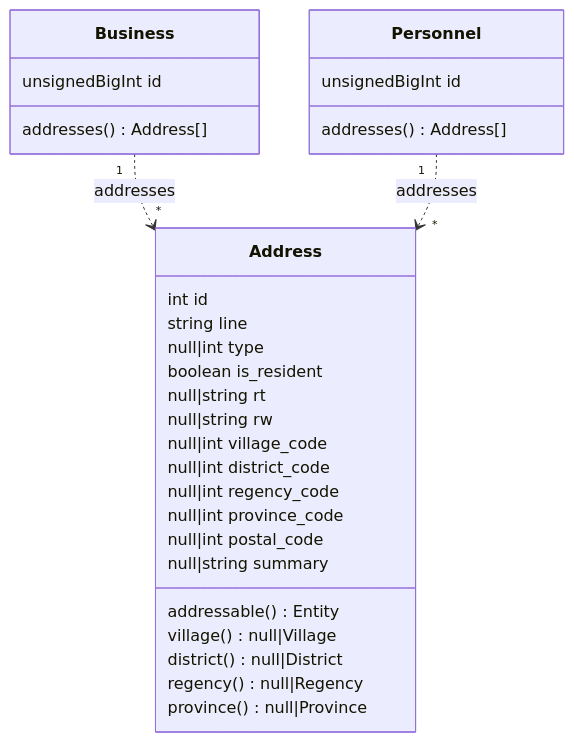
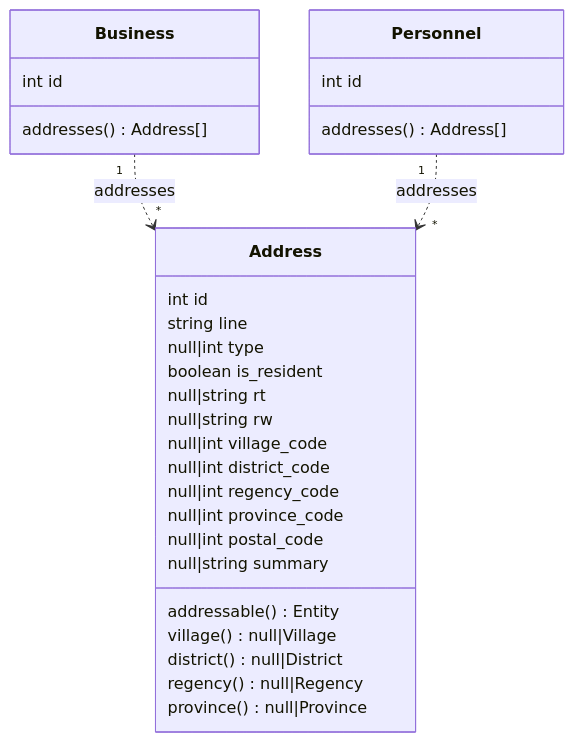
One commit to creasico/laravel-base changed the sixth of 7 diagrams in database/README.md. Above: the diagram before and after it, drawn with Mermaid. The commit also changed other lines of this file, not shown here.

````diff
--- a/database/README.md
+++ b/database/README.md
@@ -427,33 +436,33 @@
 ```mermaid
 classDiagram
     Business "1" ..> "*" Address : addresses
     Personnel "1" ..> "*" Address : addresses
 
     class Address {
         int id
         string line
         null|int type
         boolean is_resident
         null|string rt
         null|string rw
         null|int village_code
         null|int district_code
         null|int regency_code
         null|int province_code
         null|int postal_code
         null|string summary
         addressable() Entity
         village() null|Village
         district() null|District
         regency() null|Regency
         province() null|Province
     }
     class Business~Entity~ {
-        unsignedBigInt id
+        int id
         addresses() Address[]
     }
     class Personnel~Entity~ {
-        unsignedBigInt id
+        int id
         addresses() Address[]
     }
 ```
````
